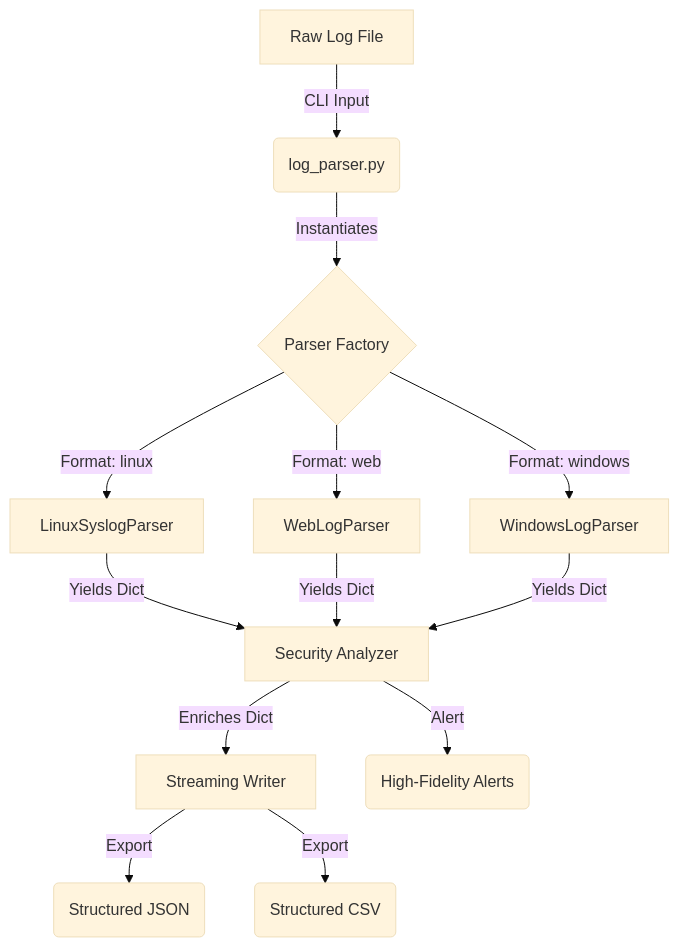
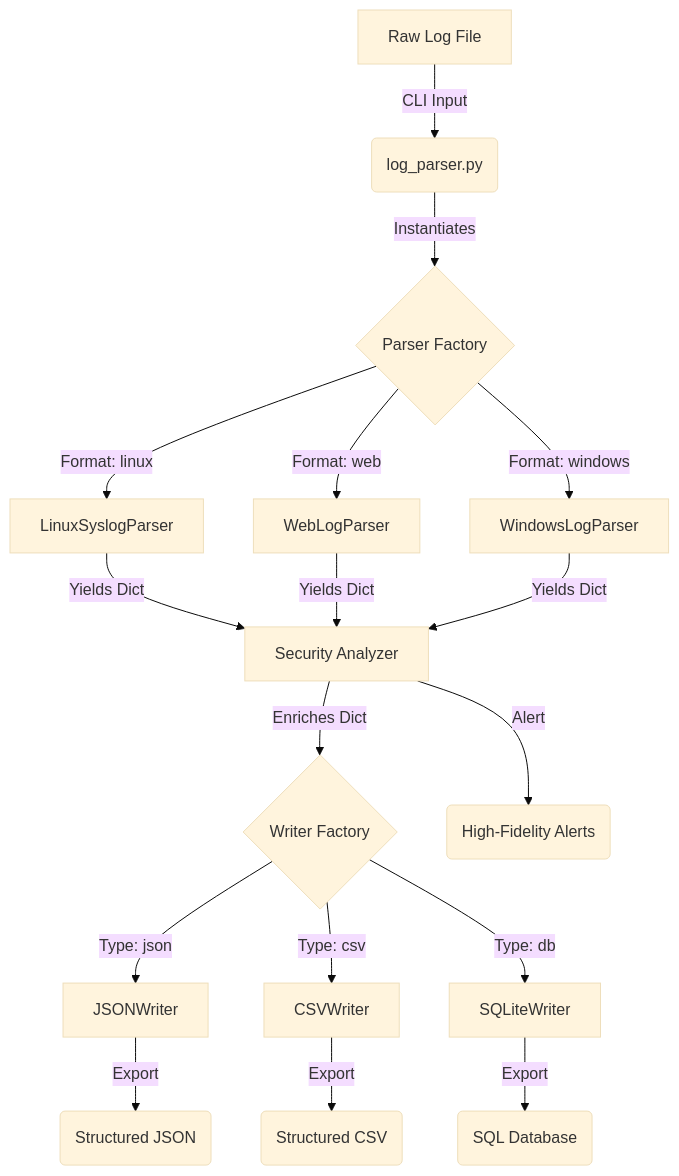
Before and after one commit to LiamCarPer/log-parser-toolkit: the diagram in README.md, drawn with Mermaid (base theme). The commit also changed other lines of this file and 12 other files, not shown here.

Commit message:
feat: implement extensible writer factory and add support for CSV, JSON, and SQLite output formats

````diff
--- a/README.md
+++ b/README.md
@@ -28,15 +28,19 @@
 ```mermaid
 graph TD
     A[Raw Log File] -->|CLI Input| B(log_parser.py)
     B -->|Instantiates| C{Parser Factory}
     C -->|Format: linux| D[LinuxSyslogParser]
     C -->|Format: web| E[WebLogParser]
     C -->|Format: windows| F[WindowsLogParser]
     D -->|Yields Dict| G[Security Analyzer]
     E -->|Yields Dict| G
     F -->|Yields Dict| G
-    G -->|Enriches Dict| H[Streaming Writer]
-    H -->|Export| I(Structured JSON)
-    H -->|Export| J(Structured CSV)
-    G -->|Alert| K(High-Fidelity Alerts)
+    G -->|Enriches Dict| H{Writer Factory}
+    H -->|Type: json| I[JSONWriter]
+    H -->|Type: csv| J[CSVWriter]
+    H -->|Type: db| K[SQLiteWriter]
+    I -->|Export| L(Structured JSON)
+    J -->|Export| M(Structured CSV)
+    K -->|Export| N(SQL Database)
+    G -->|Alert| O(High-Fidelity Alerts)
 ```
````
